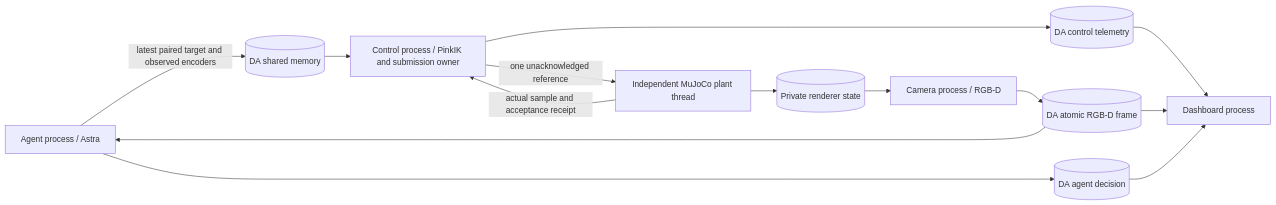
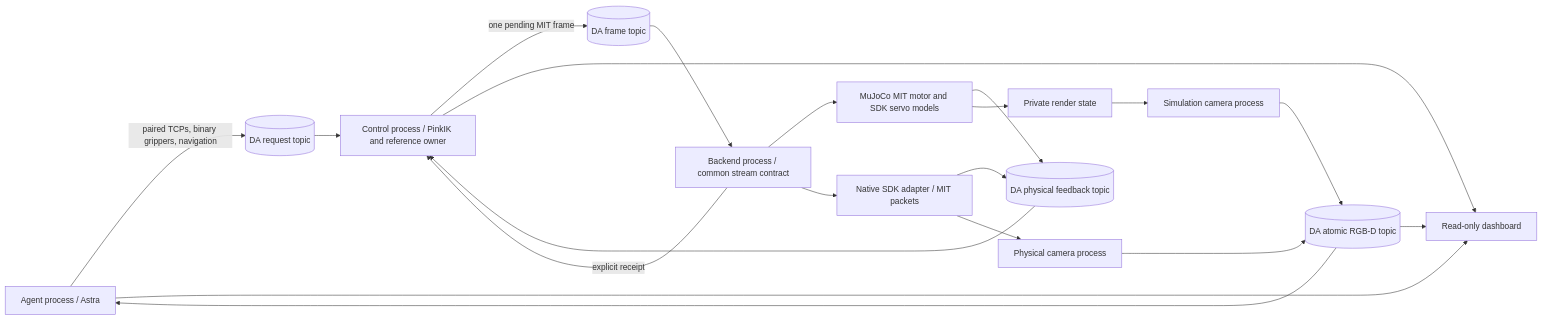
One commit to ZiWang1105/hexfellow-deploy-106 changed the diagram in docs/ARCHITECTURE.md. Above: the diagram before and after it, drawn with Mermaid. The commit also changed other lines of this file and 146 other files, not shown here.

Commit message:
Unify native and MuJoCo MIT control with physical pickup evidence

````diff
--- a/docs/ARCHITECTURE.md
+++ b/docs/ARCHITECTURE.md
@@ -5,16 +3,22 @@
 ```mermaid
 flowchart LR
-  A[Agent process / Astra] -->|latest paired target and observed encoders| R[(DA shared memory)]
-  R --> C[Control process / PinkIK and submission owner]
-  C -->|one unacknowledged reference| P[Independent MuJoCo plant thread]
-  P -->|actual sample and acceptance receipt| C
-  P --> S[(Private renderer state)]
-  S --> V[Camera process / RGB-D]
-  V --> I[(DA atomic RGB-D frame)]
+  A[Agent process / Astra] -->|paired TCPs, binary grippers, navigation| R[(DA request topic)]
+  R --> C[Control process / PinkIK and reference owner]
+  C -->|one pending MIT frame| F[(DA frame topic)]
+  F --> B[Backend process / common stream contract]
+  B --> S[MuJoCo MIT motor and SDK servo models]
+  B --> H[Native SDK adapter / MIT packets]
+  S --> O[(DA physical feedback topic)]
+  H --> O
+  O --> C
+  B -->|explicit receipt| C
+  S --> V[Private render state]
+  V --> K[Simulation camera process]
+  H --> L[Physical camera process]
+  K --> I[(DA atomic RGB-D topic)]
+  L --> I
   I --> A
-  C --> T[(DA control telemetry)]
-  T --> D[Dashboard process]
+  C --> D[Read-only dashboard]
   I --> D
-  A --> J[(DA agent decision)]
-  J --> D
+  A --> D
 ```
````
